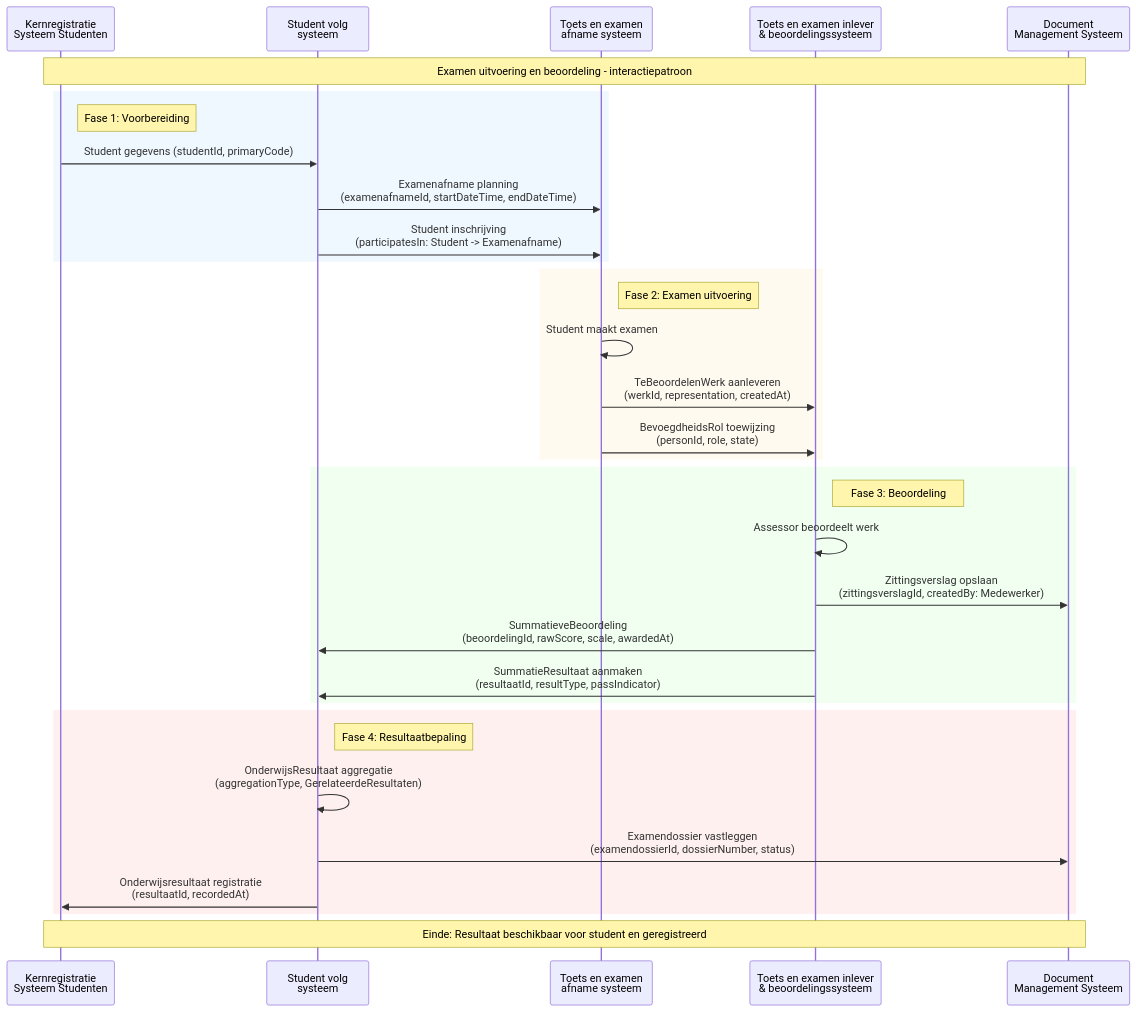
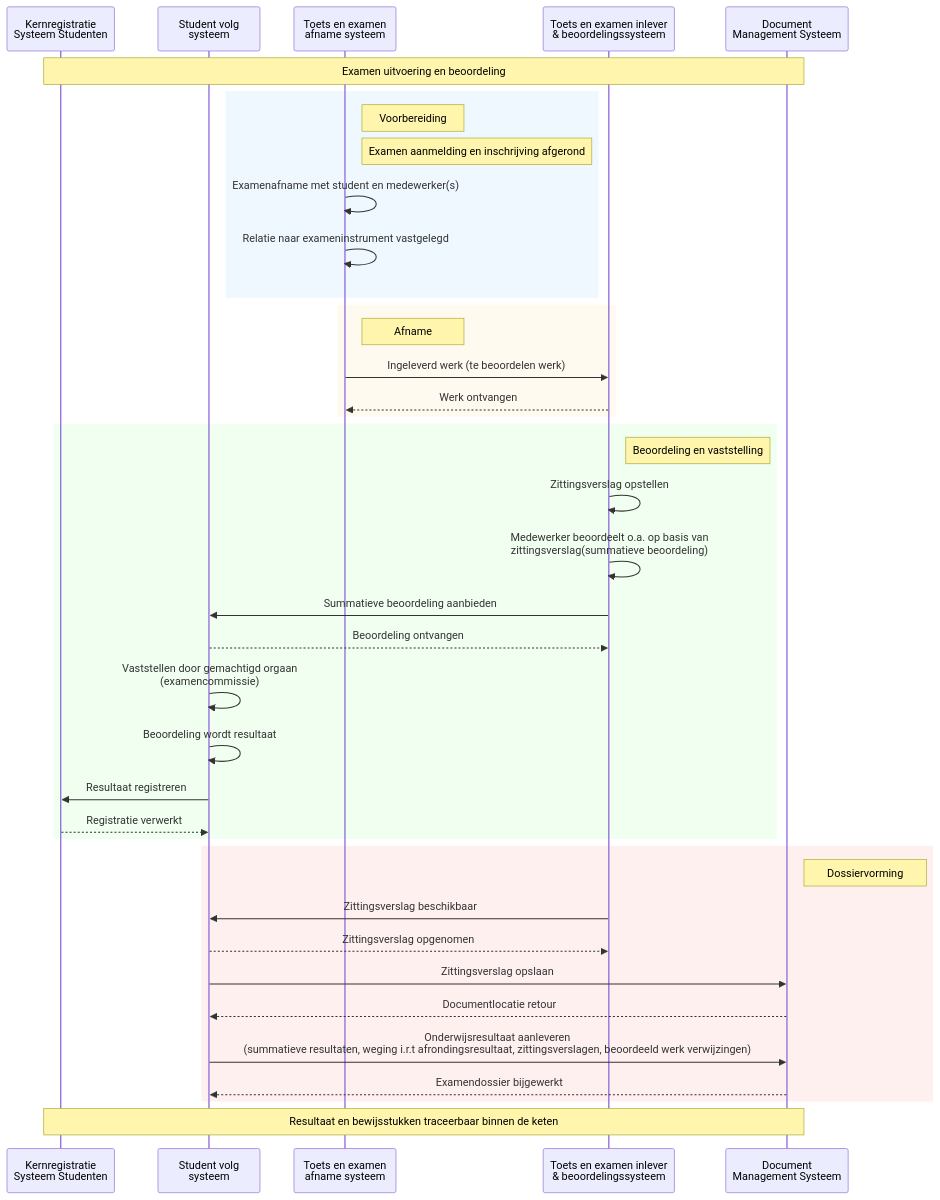
The second of 2 diagrams in Digitaal Examineren/Examen Uitvoering en beoordeling/doc/KoppelvlakSpecificatieDocument.md (N-D-E/MOKA-koppelvlakspecificaties), drawn with Mermaid before and after one commit. The commit also changed other lines of this file and 2 other files, not shown here.

````diff
--- a/Digitaal Examineren/Examen Uitvoering en beoordeling/doc/KoppelvlakSpecificatieDocument.md
+++ b/Digitaal Examineren/Examen Uitvoering en beoordeling/doc/KoppelvlakSpecificatieDocument.md
@@ -160,41 +288,46 @@
 ```mermaid
 sequenceDiagram
     participant KRS as Kernregistratie<br/>Systeem Studenten
     participant SVS as Student volg<br/>systeem
     participant TAS as Toets en examen<br/>afname systeem
     participant TBS as Toets en examen inlever<br/>& beoordelingssysteem
     participant DMS as Document<br/>Management Systeem
-    
-    Note over KRS,DMS: Examen uitvoering en beoordeling - interactiepatroon
-    
+
+    Note over KRS,DMS: Examen uitvoering en beoordeling
     rect rgb(240, 248, 255)
-        Note right of KRS: Fase 1: Voorbereiding
-        KRS->>SVS: Student gegevens (studentId, primaryCode)
-        SVS->>TAS: Examenafname planning<br/>(examenafnameId, startDateTime, endDateTime)
-        SVS->>TAS: Student inschrijving<br/>(participatesIn: Student -> Examenafname)
+        Note right of TAS: Voorbereiding
+        Note right of TAS: Examen aanmelding en inschrijving afgerond
+        TAS->>TAS: Examenafname met student en medewerker(s)
+        TAS->>TAS: Relatie naar exameninstrument vastgelegd
     end
-    
+
     rect rgb(255, 250, 240)
-        Note right of TAS: Fase 2: Examen uitvoering
-        TAS->>TAS: Student maakt examen
-        TAS->>TBS: TeBeoordelenWerk aanleveren<br/>(werkId, representation, createdAt)
-        TAS->>TBS: BevoegdheidsRol toewijzing<br/>(personId, role, state)
+        Note right of TAS: Afname
+        TAS->>TBS: Ingeleverd werk (te beoordelen werk)
+        TBS-->>TAS: Werk ontvangen
     end
-    
+
     rect rgb(240, 255, 240)
-        Note right of TBS: Fase 3: Beoordeling
-        TBS->>TBS: Assessor beoordeelt werk
-        TBS->>DMS: Zittingsverslag opslaan<br/>(zittingsverslagId, createdBy: Medewerker)
-        TBS->>SVS: SummatieveBeoordeling<br/>(beoordelingId, rawScore, scale, awardedAt)
-        TBS->>SVS: SummatieResultaat aanmaken<br/>(resultaatId, resultType, passIndicator)
+        Note right of TBS: Beoordeling en vaststelling
+        TBS->>TBS: Zittingsverslag opstellen
+        TBS->>TBS: Medewerker beoordeelt o.a. op basis van<br/>zittingsverslag(summatieve beoordeling)
+        TBS->>SVS: Summatieve beoordeling aanbieden
+        SVS-->>TBS: Beoordeling ontvangen
+        SVS->>SVS: Vaststellen door gemachtigd orgaan<br/>(examencommissie)
+        SVS->>SVS: Beoordeling wordt resultaat
+        SVS->>KRS: Resultaat registreren
+        KRS-->>SVS: Registratie verwerkt
     end
-    
+
     rect rgb(255, 240, 240)
-        Note right of SVS: Fase 4: Resultaatbepaling
-        SVS->>SVS: OnderwijsResultaat aggregatie<br/>(aggregationType, GerelateerdeResultaten)
-        SVS->>DMS: Examendossier vastleggen<br/>(examendossierId, dossierNumber, status)
-        SVS->>KRS: Onderwijsresultaat registratie<br/>(resultaatId, recordedAt)
+        Note right of DMS: Dossiervorming
+        TBS->>SVS: Zittingsverslag beschikbaar
+        SVS-->>TBS: Zittingsverslag opgenomen
+        SVS->>DMS: Zittingsverslag opslaan
+        DMS-->>SVS: Documentlocatie retour
+        SVS->>DMS: Onderwijsresultaat aanleveren<br/>(summatieve resultaten, weging i.r.t afrondingsresultaat, zittingsverslagen, beoordeeld werk verwijzingen)
+        DMS-->>SVS: Examendossier bijgewerkt
     end
-    
-    Note over KRS,DMS: Einde: Resultaat beschikbaar voor student en geregistreerd
+
+    Note over KRS,DMS: Resultaat en bewijsstukken traceerbaar binnen de keten
 ```
````
